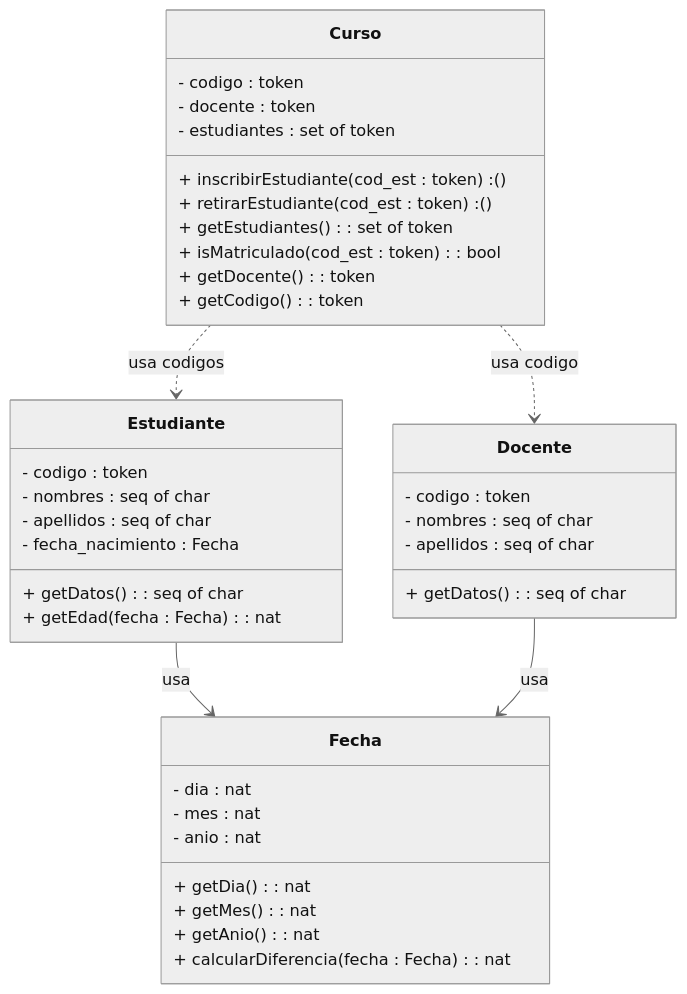
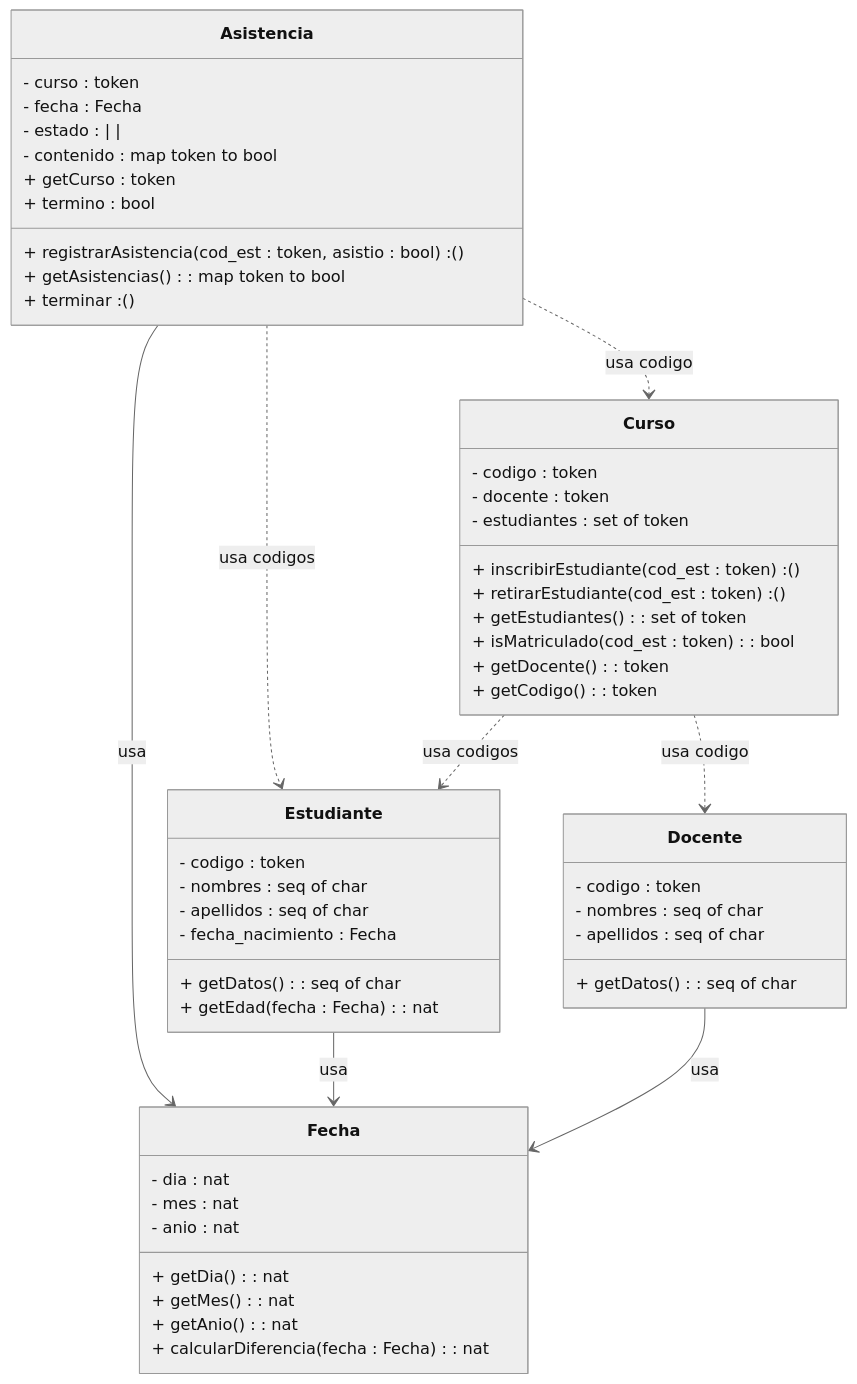
The diagram in VDM++/readme.md (joeCuadros/Sistema_monitoreo), drawn with Mermaid (neutral theme) before and after one commit. The commit also changed 2 other files, not shown here.

Commit message:
feat: test/mejora de la clase Asistencia

````diff
--- a/VDM++/readme.md
+++ b/VDM++/readme.md
@@ -32,45 +32,60 @@
 ```mermaid
 classDiagram
 class Fecha {
     - dia : nat
     - mes : nat
     - anio : nat
     + getDia() : nat
     + getMes() : nat
     + getAnio() : nat
     + calcularDiferencia(fecha : Fecha) : nat
 }
 
 class Estudiante {
     - codigo : token
     - nombres : seq of char
     - apellidos : seq of char
     - fecha_nacimiento : Fecha
     + getDatos() : seq of char
     + getEdad(fecha : Fecha) : nat
 }
 
 class Docente {
     - codigo : token
     - nombres : seq of char
     - apellidos : seq of char
     + getDatos() : seq of char
 }
 
 class Curso {
     - codigo : token
     - docente : token
     - estudiantes : set of token
     + inscribirEstudiante(cod_est : token) : ()
     + retirarEstudiante(cod_est : token) : ()
     + getEstudiantes() : set of token
     + isMatriculado(cod_est : token) : bool
     + getDocente() : token
     + getCodigo() : token
 }
 
+class Asistencia {
+    - curso : token
+    - fecha : Fecha
+    - estado : <Creado> | <Proceso> | <Finalizado>
+    - contenido : map token to bool
+    + registrarAsistencia(cod_est : token, asistio : bool) : ()
+    + getAsistencias() : map token to bool
+    + getCurso : token
+    + terminar : ()
+    + termino : bool
+}
+
 Estudiante --> Fecha : usa
 Docente --> Fecha : usa
 Curso ..> Estudiante : usa codigos
 Curso ..> Docente : usa codigo
+Asistencia --> Fecha : usa
+Asistencia ..> Estudiante : usa codigos
+Asistencia ..> Curso : usa codigo
 ```
````
